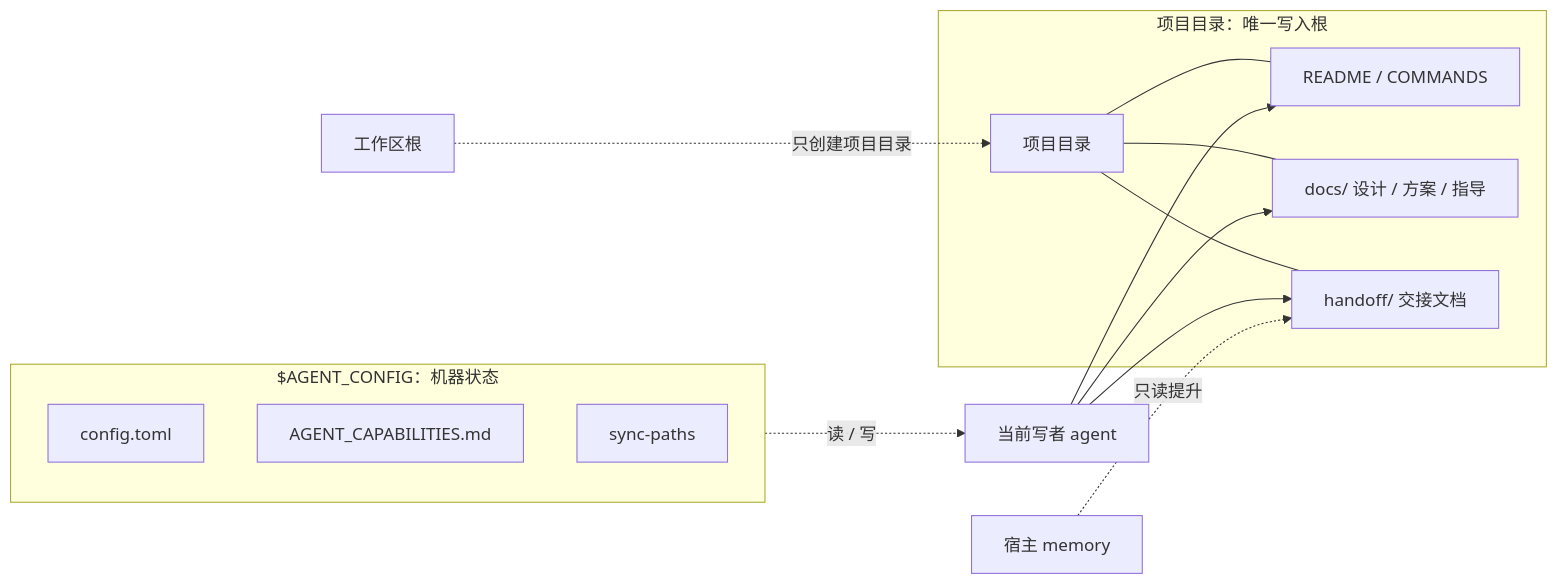
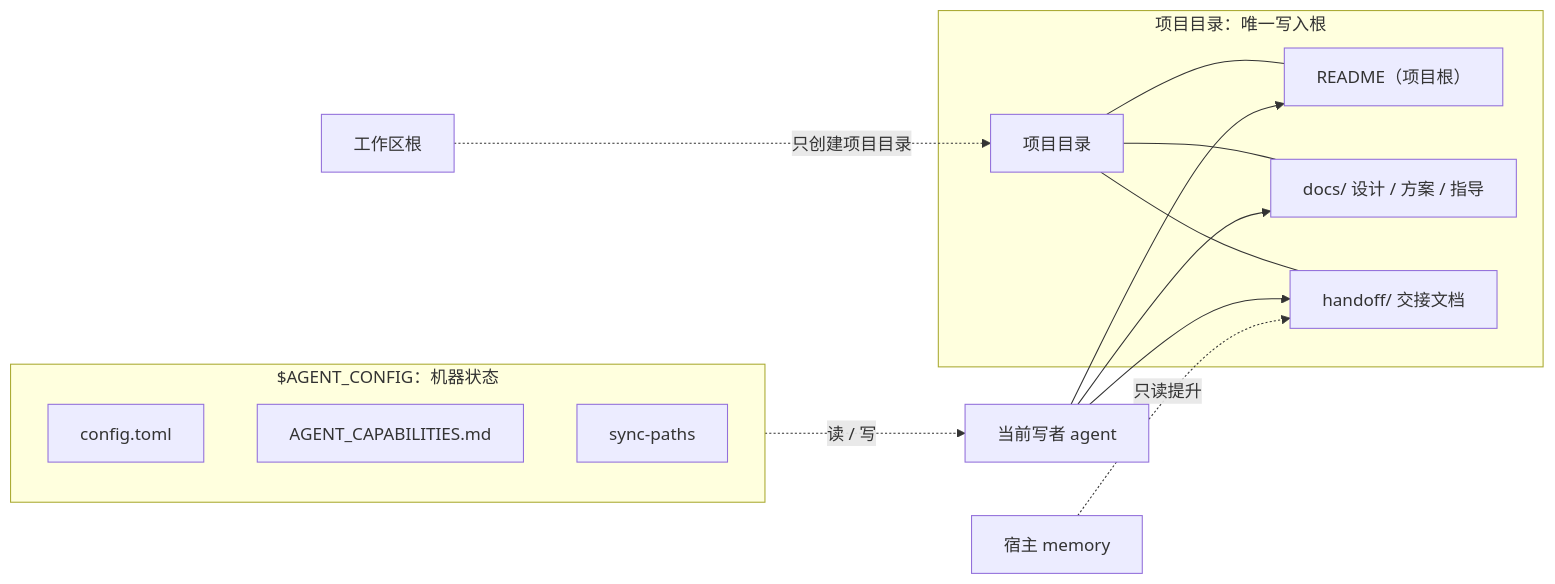
Before and after one commit to Lizardon386/multi-agent-task-handoff: the third of 6 diagrams in docs/DESIGN.md, drawn with Mermaid. The commit also changed other lines of this file, not shown here.

Commit message:
docs: 修正 DESIGN 图悬空节点与失准标签

````diff
--- a/docs/DESIGN.md
+++ b/docs/DESIGN.md
@@ -98,23 +98,23 @@
 ```mermaid
 flowchart LR
   subgraph P["项目目录：唯一写入根"]
     P0["项目目录"]
-    R["README / COMMANDS"]
+    R["README（项目根）"]
     D["docs/ 设计 / 方案 / 指导"]
     H["handoff/ 交接文档"]
     P0 --- R
     P0 --- D
     P0 --- H
   end
   subgraph C["$AGENT_CONFIG：机器状态"]
     CFG["config.toml"]
     CAP["AGENT_CAPABILITIES.md"]
     SP["sync-paths"]
   end
   A["当前写者 agent"] --> R
   A --> D
   A --> H
   W["工作区根"] -. "只创建项目目录" .-> P0
   C -. "读 / 写" .-> A
   M["宿主 memory"] -. "只读提升" .-> H
 ```
````
